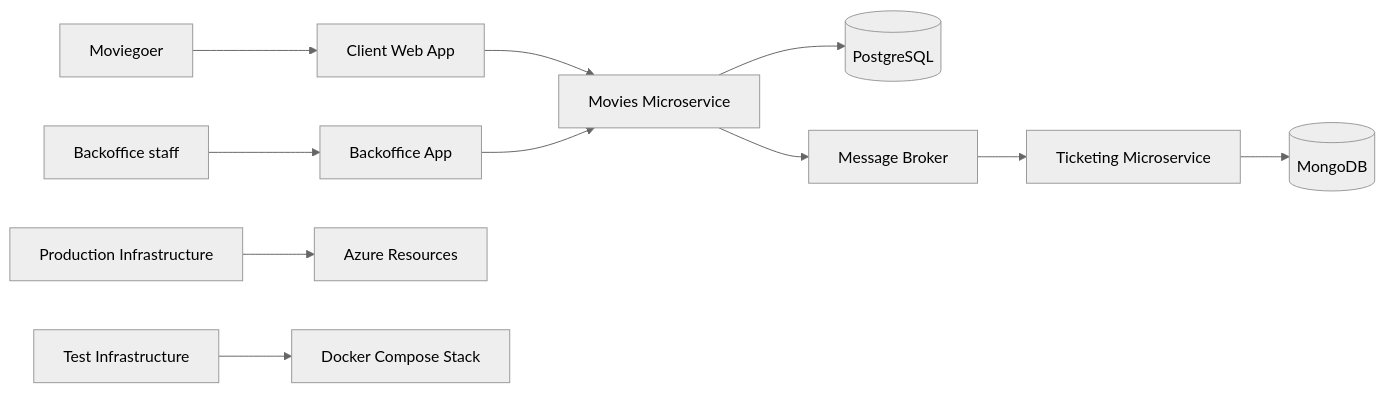
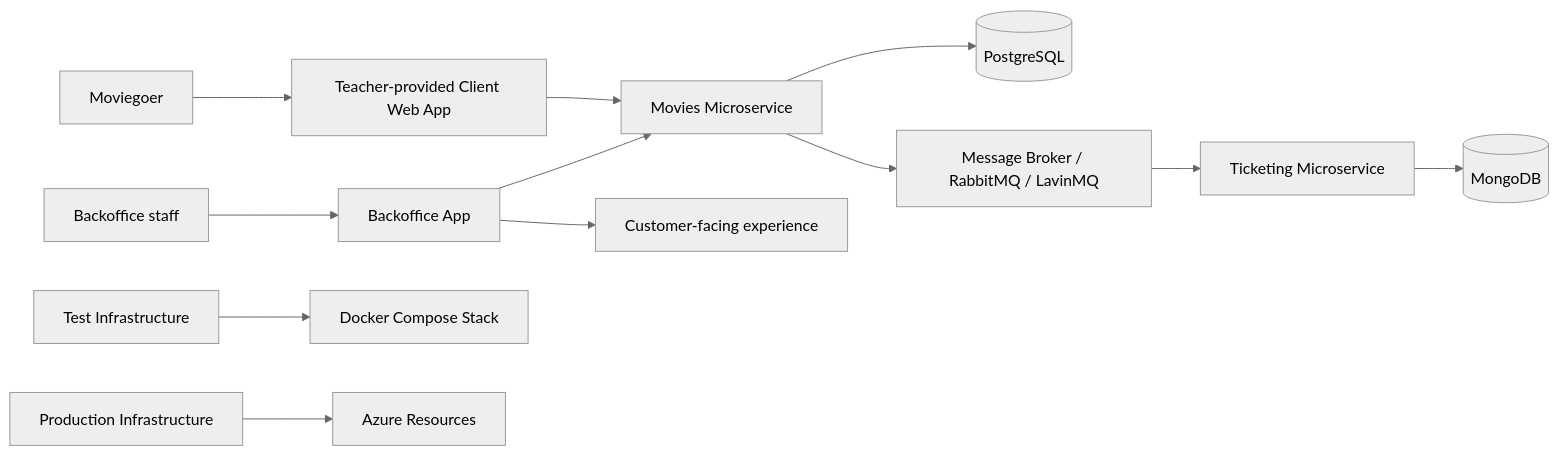
The diagram in profile/README.md (HowestPrime-Movies-Project/.github), drawn with Mermaid (neutral theme) before and after one commit. The commit also changed other lines of this file, not shown here.

````diff
--- a/profile/README.md
+++ b/profile/README.md
@@ -49,16 +42,18 @@
 ```mermaid
 flowchart LR
-    Customer[Moviegoer] --> WEB[Client Web App]
-    Admin[Backoffice staff] --> BO[Backoffice App]
+    Customer[Moviegoer] --> WEB[Teacher-provided Client Web App]
+    Staff[Backoffice staff] --> BO[Backoffice App]
 
     WEB --> MOVIES[Movies Microservice]
     BO --> MOVIES
     MOVIES --> PG[(PostgreSQL)]
-    MOVIES --> MQ[Message Broker]
+    MOVIES --> MQ[Message Broker / RabbitMQ / LavinMQ]
 
     MQ --> TICK[Ticketing Microservice]
     TICK --> MONGO[(MongoDB)]
 
+    TEST[Test Infrastructure] --> DOCKER[Docker Compose Stack]
     PROD[Production Infrastructure] --> AZ[Azure Resources]
-    TEST[Test Infrastructure] --> DOCKER[Docker Compose Stack]
+
+    BO --> CLIENT[Customer-facing experience]
 ```
````
